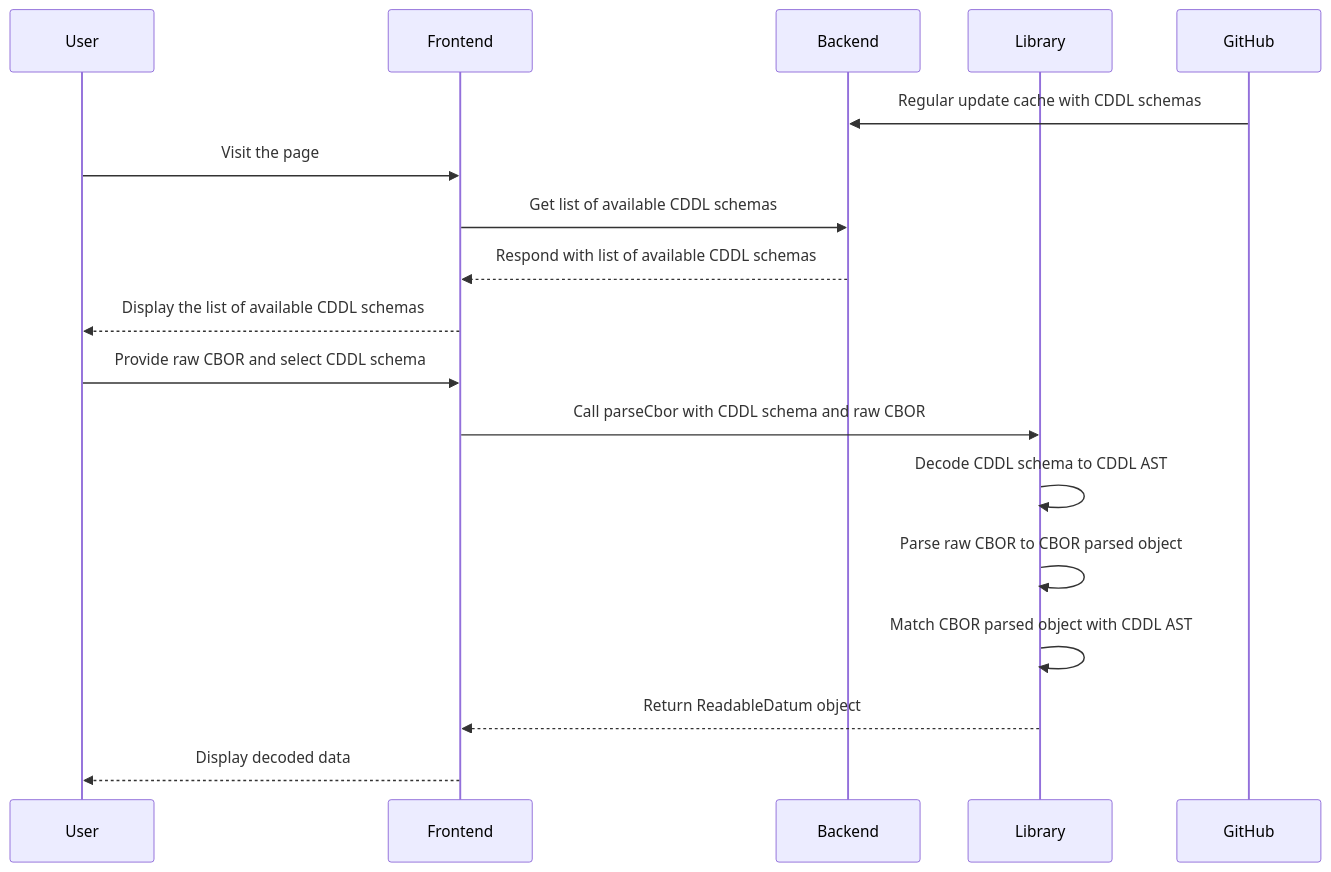
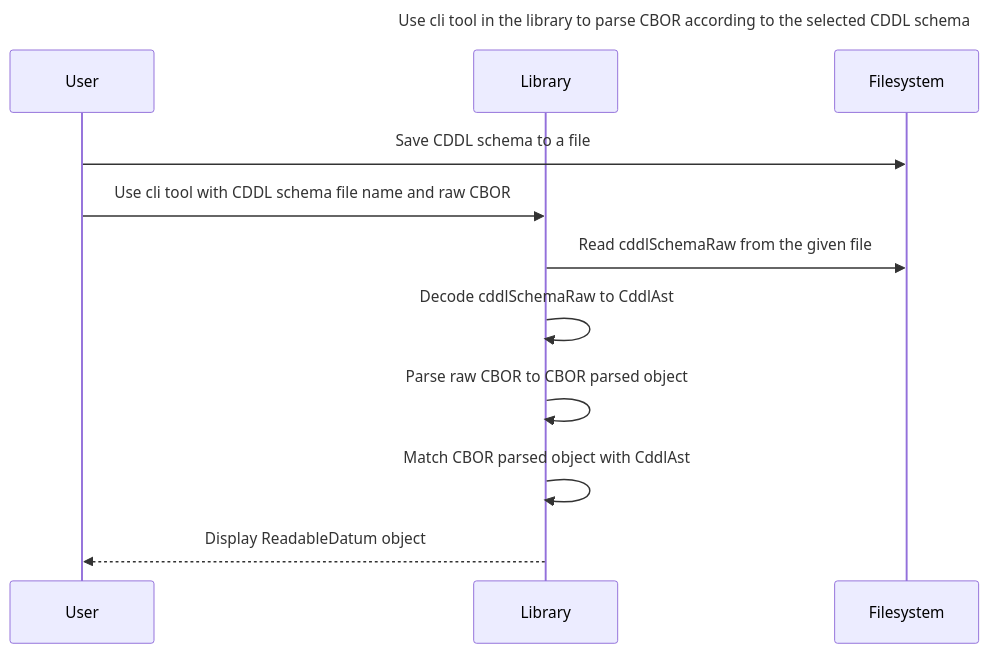
Before and after one commit to WingRiders/datum-explorer: the second of 2 diagrams in docs/architecture.md, drawn with Mermaid. The commit also changed other lines of this file and 8 other files, not shown here.

````diff
--- a/docs/architecture.md
+++ b/docs/architecture.md
@@ -36,22 +50,17 @@
 ```mermaid
+---
+title: Use cli tool in the library to parse CBOR according to the selected CDDL schema
+---
 sequenceDiagram
     participant User
-    participant Frontend
-    participant Backend
     participant Library
-    participant GitHub
+    participant Filesystem
 
-    GitHub->>Backend: Regular update cache with CDDL schemas
-
-    User->>Frontend: Visit the page
-    Frontend->>Backend: Get list of available CDDL schemas
-    Backend-->>Frontend: Respond with list of available CDDL schemas
-    Frontend-->>User: Display the list of available CDDL schemas
-    User->>Frontend: Provide raw CBOR and select CDDL schema
-    Frontend->>Library: Call parseCbor with CDDL schema and raw CBOR
-    Library->>Library: Decode CDDL schema to CDDL AST
+    User->>Filesystem: Save CDDL schema to a file
+    User->>Library: Use cli tool with CDDL schema file name and raw CBOR
+    Library->>Filesystem: Read cddlSchemaRaw from the given file
+    Library->>Library: Decode cddlSchemaRaw to CddlAst
     Library->>Library: Parse raw CBOR to CBOR parsed object
-    Library->>Library: Match CBOR parsed object with CDDL AST
-    Library-->>Frontend: Return ReadableDatum object
-    Frontend-->>User: Display decoded data
+    Library->>Library: Match CBOR parsed object with CddlAst
+    Library-->>User: Display ReadableDatum object
 ```
````
